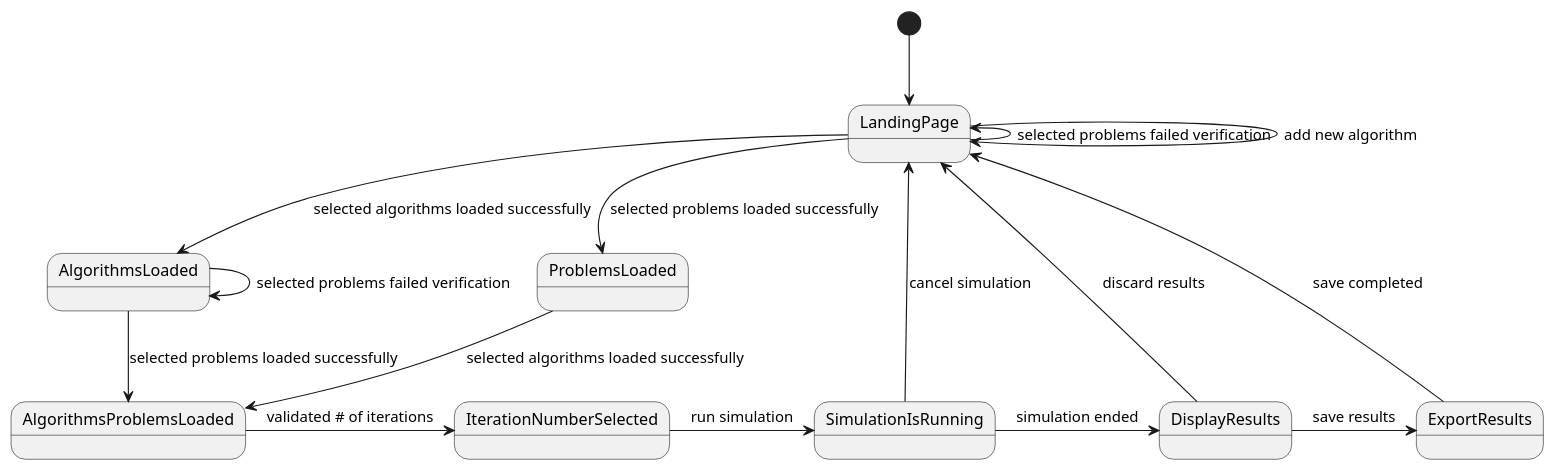
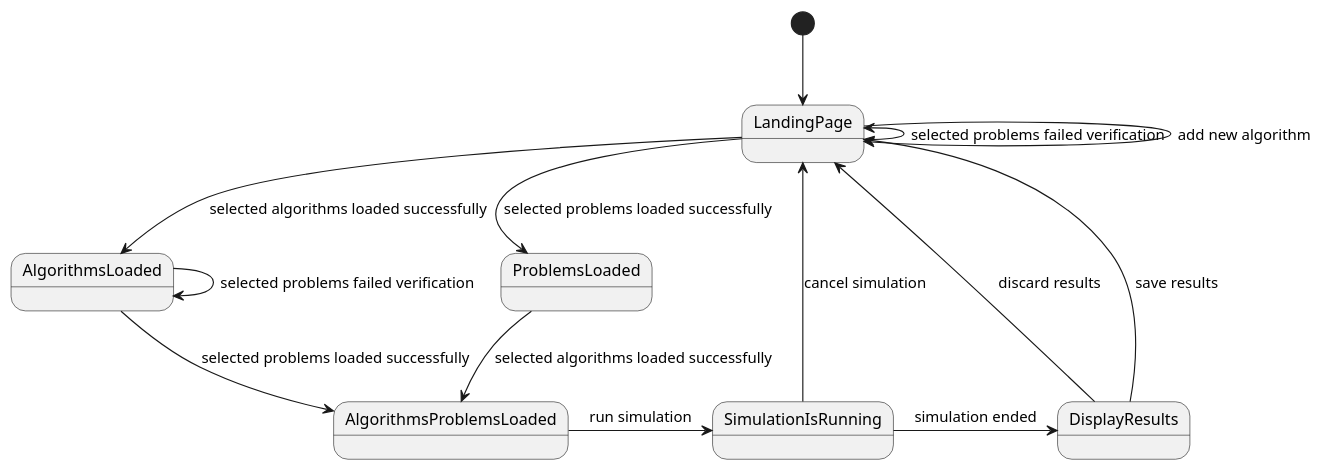
Before and after one commit to miamiHits/FinalProject: the diagram in Final/Docs/Diagrams/behaviour diagrams/scripts/stateDiagram.puml, drawn with PlantUML. The commit also changed 1 other file, not shown here.

Commit message:
updated the state chart

```diff
--- a/Final/Docs/Diagrams/behaviour diagrams/scripts/stateDiagram.puml
+++ b/Final/Docs/Diagrams/behaviour diagrams/scripts/stateDiagram.puml
@@ -1,25 +1,22 @@
 @startuml
 [*] -down-> LandingPage
 LandingPage --> AlgorithmsLoaded : selected algorithms loaded successfully
 LandingPage --> ProblemsLoaded : selected problems loaded successfully
 
 LandingPage -left-> LandingPage : selected problems failed verification
 
 AlgorithmsLoaded --> AlgorithmsProblemsLoaded : selected problems loaded successfully
 AlgorithmsLoaded -> AlgorithmsLoaded : selected problems failed verification
 ProblemsLoaded --> AlgorithmsProblemsLoaded : selected algorithms loaded successfully
 
-AlgorithmsProblemsLoaded -> IterationNumberSelected : validated # of iterations
-
-IterationNumberSelected -> SimulationIsRunning : run simulation
+AlgorithmsProblemsLoaded -> SimulationIsRunning : run simulation
 SimulationIsRunning -> LandingPage : cancel simulation
 
 SimulationIsRunning -> DisplayResults : simulation ended
 
-DisplayResults -> ExportResults : save results
-ExportResults -up-> LandingPage : save completed
 DisplayResults -> LandingPage : discard results
+DisplayResults -> LandingPage : save results
 
 LandingPage -right-> LandingPage : add new algorithm
 
 @enduml
```
